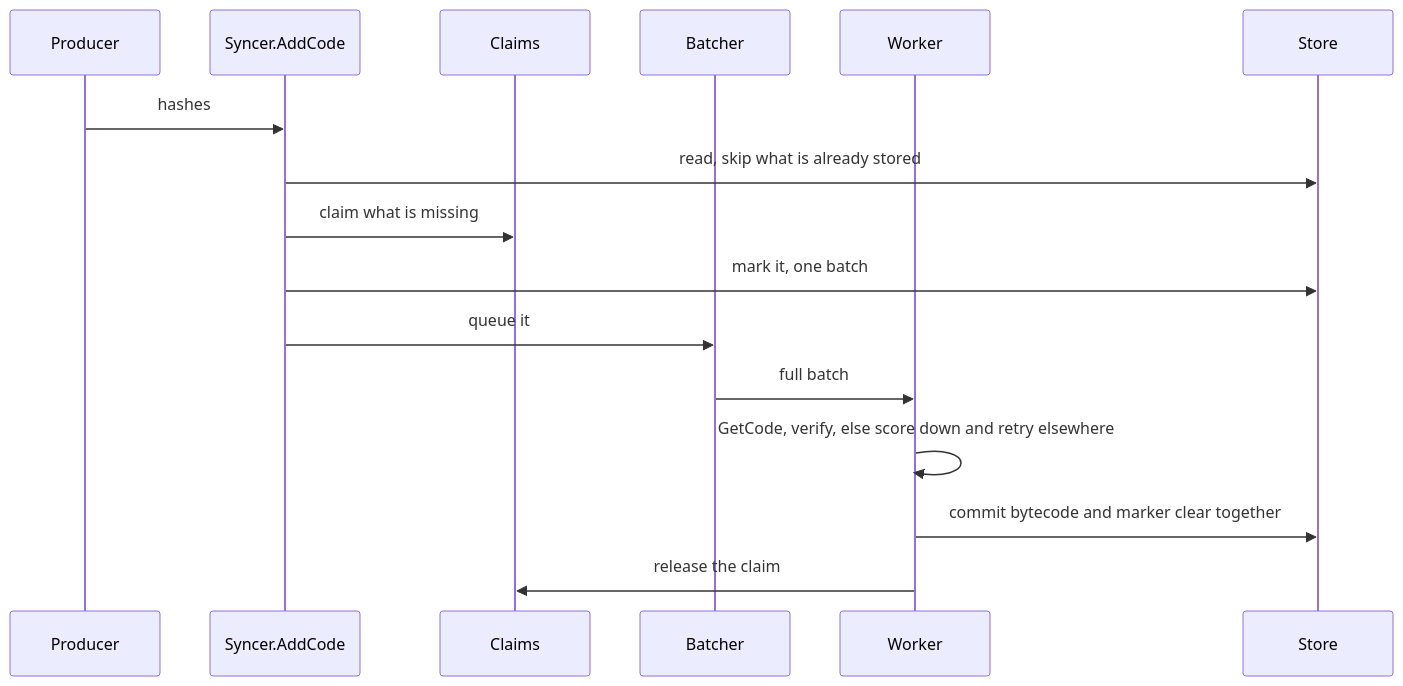
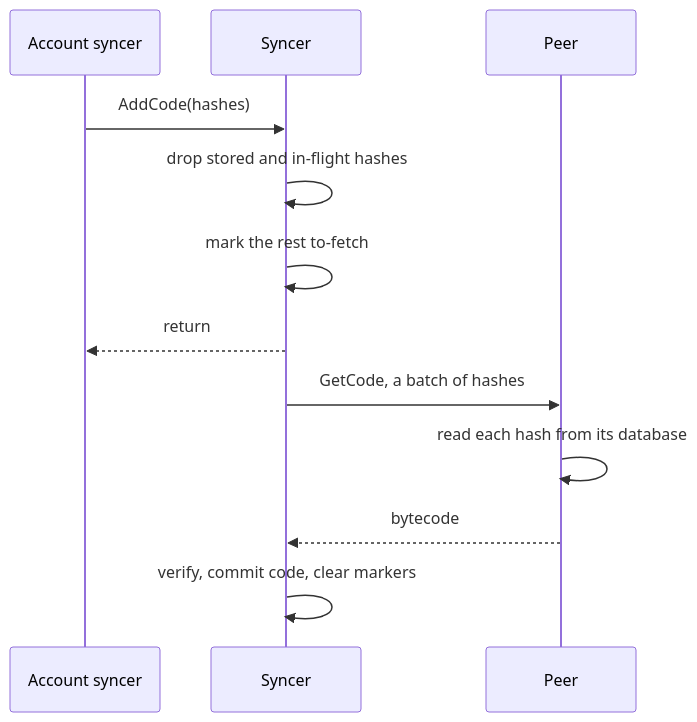
One commit to ava-labs/avalanchego changed the diagram in vms/evm/sync/code/README.md. Above: the diagram before and after it, drawn with Mermaid. The commit also changed other lines of this file and 6 other files, not shown here.

````diff
--- a/vms/evm/sync/code/README.md
+++ b/vms/evm/sync/code/README.md
@@ -59,18 +5,14 @@
 ```mermaid
 sequenceDiagram
-  participant P as Producer
-  participant A as Syncer.AddCode
-  participant C as Claims
-  participant B as Batcher
-  participant W as Worker
-  participant S as Store
-  P->>A: hashes
-  A->>S: read, skip what is already stored
-  A->>C: claim what is missing
-  A->>S: mark it, one batch
-  A->>B: queue it
-  B->>W: full batch
-  W->>W: GetCode, verify, else score down and retry elsewhere
-  W->>S: commit bytecode and marker clear together
-  W->>C: release the claim
+  participant A as Account syncer
+  participant S as Syncer
+  participant P as Peer
+  A->>S: AddCode(hashes)
+  S->>S: drop stored and in-flight hashes
+  S->>S: mark the rest to-fetch
+  S-->>A: return
+  S->>P: GetCode, a batch of hashes
+  P->>P: read each hash from its database
+  P-->>S: bytecode
+  S->>S: verify, commit code, clear markers
 ```
````
